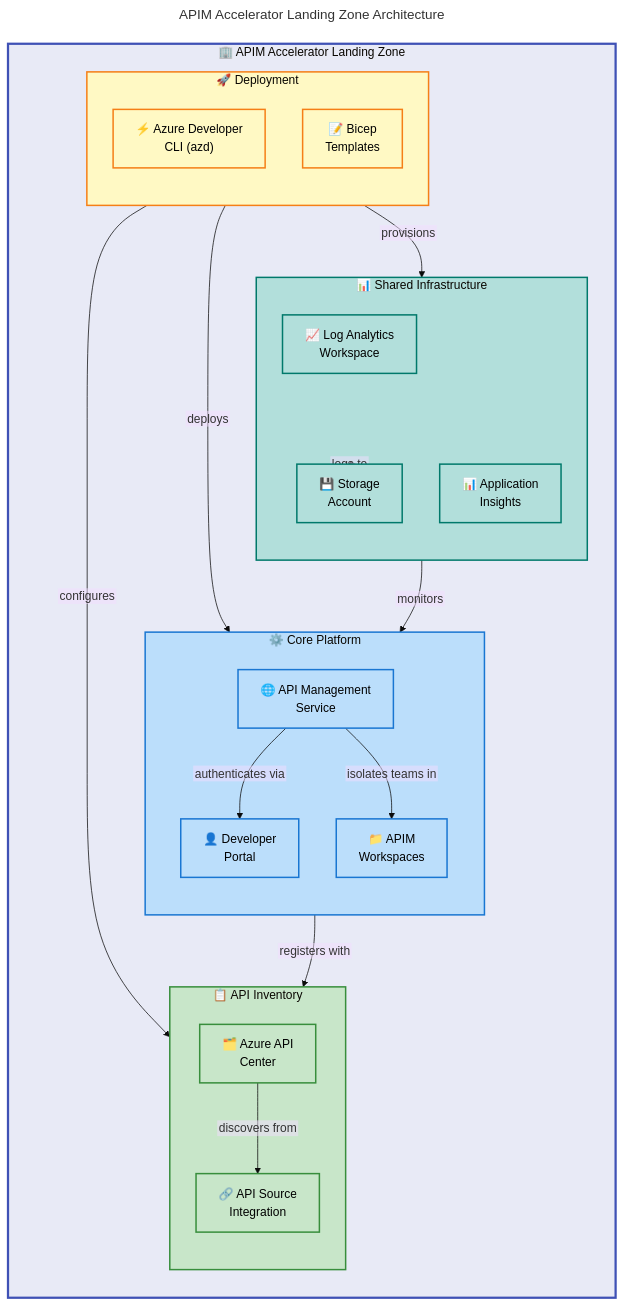
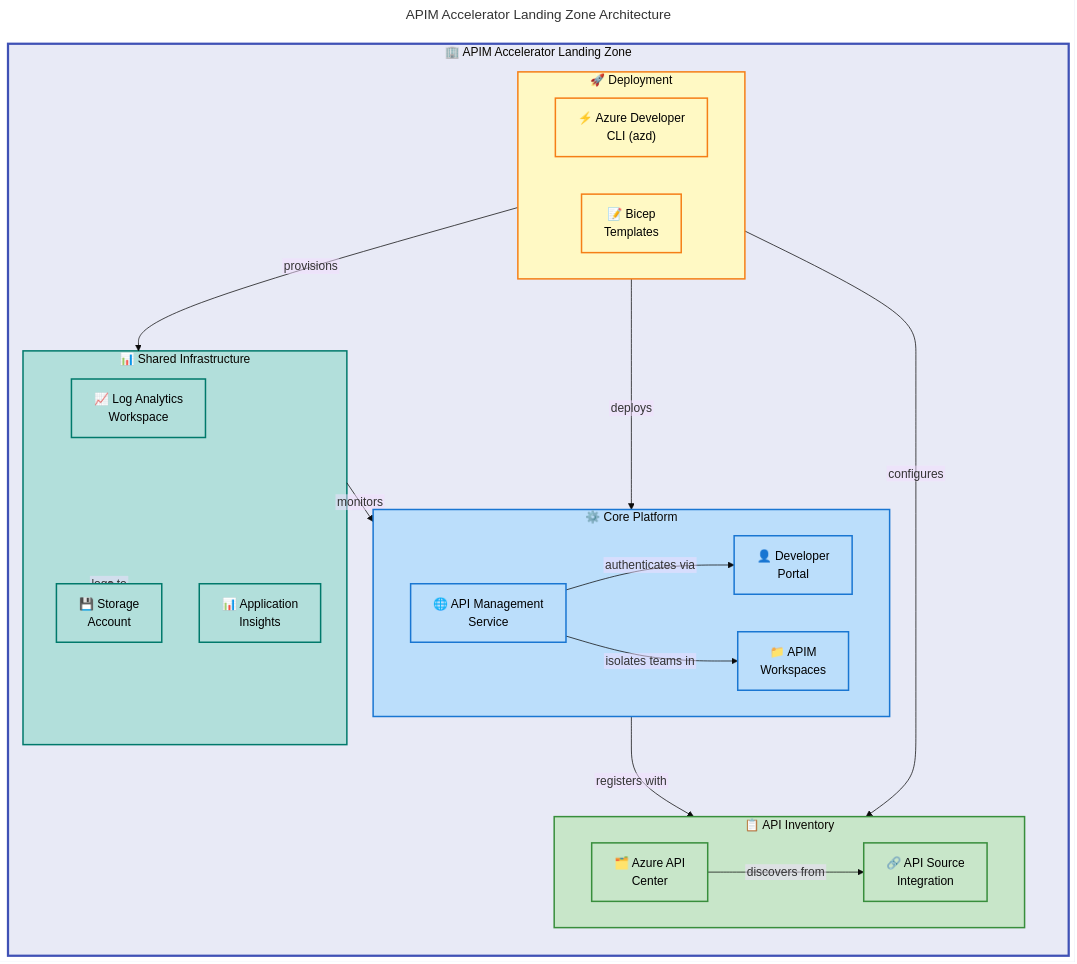
The diagram in README.md (Evilazaro/APIM-Accelerator), drawn with Mermaid before and after one commit.

Commit message:
Refactor flowchart direction in README.md for improved clarity and organization

````diff
--- a/README.md
+++ b/README.md
@@ -38,80 +38,76 @@
 ```mermaid
 ---
 title: APIM Accelerator Landing Zone Architecture
 config:
   theme: base
   flowchart:
     htmlLabels: false
 ---
 flowchart TB
     accTitle: APIM Accelerator Landing Zone Architecture
     accDescr: Shows the three-tier deployment architecture with shared monitoring, core APIM platform, and API inventory management
 
     %% ═══════════════════════════════════════════════════════════════════════════
     %% STANDARD COLOR SCHEME v2.1 - Material Design Compliant
     %% ═══════════════════════════════════════════════════════════════════════════
     %% HIERARCHICAL (structural nesting):
     %%   Level 1: #E8EAF6 (Indigo 50) - Main container
     %% SEMANTIC (functional purpose):
     %%   Blue=#BBDEFB (API/Input) | Green=#C8E6C9 (Workload/Success)
     %%   Orange=#FFE0B2 (Validation) | Teal=#B2DFDB (Data)
     %%   Yellow=#FFF9C4 (Infrastructure)
     %% ═══════════════════════════════════════════════════════════════════════════
 
     classDef level1Group fill:#E8EAF6,stroke:#3F51B5,stroke-width:3px,color:#000
     classDef mdBlue fill:#BBDEFB,stroke:#1976D2,stroke-width:2px,color:#000
     classDef mdGreen fill:#C8E6C9,stroke:#388E3C,stroke-width:2px,color:#000
     classDef mdTeal fill:#B2DFDB,stroke:#00796B,stroke-width:2px,color:#000
     classDef mdYellow fill:#FFF9C4,stroke:#F57F17,stroke-width:2px,color:#000
     classDef mdOrange fill:#FFE0B2,stroke:#E64A19,stroke-width:2px,color:#000
 
     subgraph system["🏢 APIM Accelerator Landing Zone"]
-        direction TD
+        direction TB
 
         subgraph shared["📊 Shared Infrastructure"]
-            direction TB
             law["📈 Log Analytics<br/>Workspace"]:::mdTeal
             appins["📊 Application<br/>Insights"]:::mdTeal
             storage["💾 Storage<br/>Account"]:::mdTeal
         end
 
         subgraph core["⚙️ Core Platform"]
-            direction TB
             apim["🌐 API Management<br/>Service"]:::mdBlue
             portal["👤 Developer<br/>Portal"]:::mdBlue
             workspaces["📁 APIM<br/>Workspaces"]:::mdBlue
         end
 
         subgraph inventory["📋 API Inventory"]
-            direction TB
             apicenter["🗂️ Azure API<br/>Center"]:::mdGreen
             apisource["🔗 API Source<br/>Integration"]:::mdGreen
         end
 
         subgraph deploy["🚀 Deployment"]
-            direction TB
             azd["⚡ Azure Developer<br/>CLI (azd)"]:::mdYellow
             bicep["📝 Bicep<br/>Templates"]:::mdYellow
         end
     end
 
     %% Relationships with verb labels
     deploy -->|"provisions"| shared
     deploy -->|"deploys"| core
     deploy -->|"configures"| inventory
     shared -->|"monitors"| core
     shared -->|"logs to"| storage
     core -->|"registers with"| inventory
     apim -->|"authenticates via"| portal
     apim -->|"isolates teams in"| workspaces
     apicenter -->|"discovers from"| apisource
 
     %% SUBGRAPH STYLING (5 subgraphs = 5 style directives)
     style system fill:#E8EAF6,stroke:#3F51B5,stroke-width:3px
     style shared fill:#B2DFDB,stroke:#00796B,stroke-width:2px
     style core fill:#BBDEFB,stroke:#1976D2,stroke-width:2px
     style inventory fill:#C8E6C9,stroke:#388E3C,stroke-width:2px
     style deploy fill:#FFF9C4,stroke:#F57F17,stroke-width:2px
 
     %% Accessibility: WCAG AA verified (4.5:1 contrast ratio)
 ```
````
